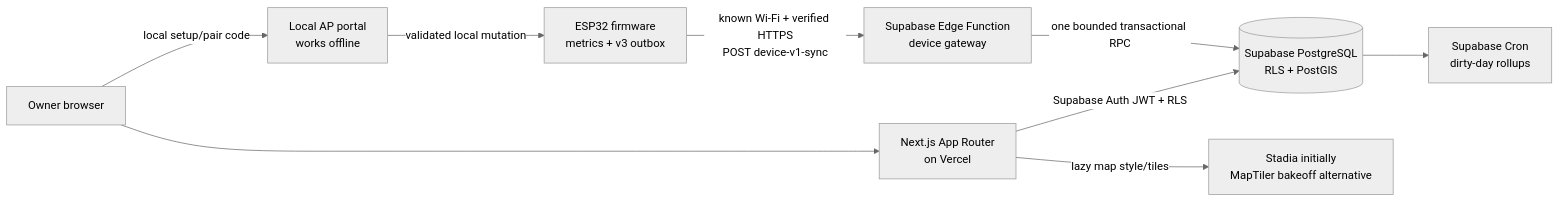
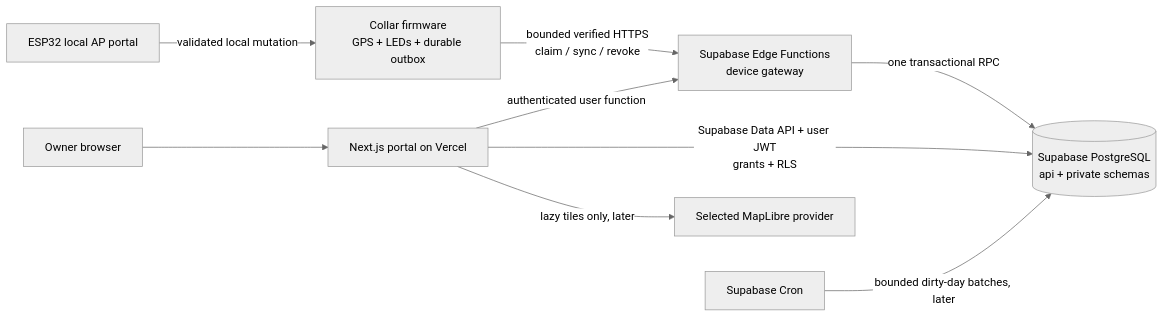
Before and after one commit to bultodepapas/Dog-RGB: the diagram in docs/PLANS/2026-08-13_web-platform-bidirectional-sync-plan.md, drawn with Mermaid (neutral theme). The commit also changed other lines of this file and 6 other files, not shown here.

````diff
--- a/docs/PLANS/2026-08-13_web-platform-bidirectional-sync-plan.md
+++ b/docs/PLANS/2026-08-13_web-platform-bidirectional-sync-plan.md
@@ -230,11 +125,11 @@
 ```mermaid
 flowchart LR
-  AP[Local AP portal\nworks offline] -->|validated local mutation| FW[ESP32 firmware\nmetrics + v3 outbox]
-  FW -->|known Wi-Fi + verified HTTPS\nPOST device-v1-sync| EDGE[Supabase Edge Function\ndevice gateway]
-  EDGE -->|one bounded transactional RPC| PG[(Supabase PostgreSQL\nRLS + PostGIS)]
-  PG --> CRON[Supabase Cron\ndirty-day rollups]
-  WEB[Next.js App Router\non Vercel] -->|Supabase Auth JWT + RLS| PG
-  WEB -->|lazy map style/tiles| MAP[Stadia initially\nMapTiler bakeoff alternative]
-  USER[Owner browser] --> WEB
-  USER -->|local setup/pair code| AP
+  AP[ESP32 local AP portal] -->|validated local mutation| FW[Collar firmware\nGPS + LEDs + durable outbox]
+  FW -->|bounded verified HTTPS\nclaim / sync / revoke| EDGE[Supabase Edge Functions\ndevice gateway]
+  EDGE -->|one transactional RPC| DB[(Supabase PostgreSQL\napi + private schemas)]
+  OWNER[Owner browser] --> WEB[Next.js portal on Vercel]
+  WEB -->|Supabase Data API + user JWT\ngrants + RLS| DB
+  WEB -->|authenticated user function| EDGE
+  CRON[Supabase Cron] -->|bounded dirty-day batches, later| DB
+  WEB -->|lazy tiles only, later| MAP[Selected MapLibre provider]
 ```
````
